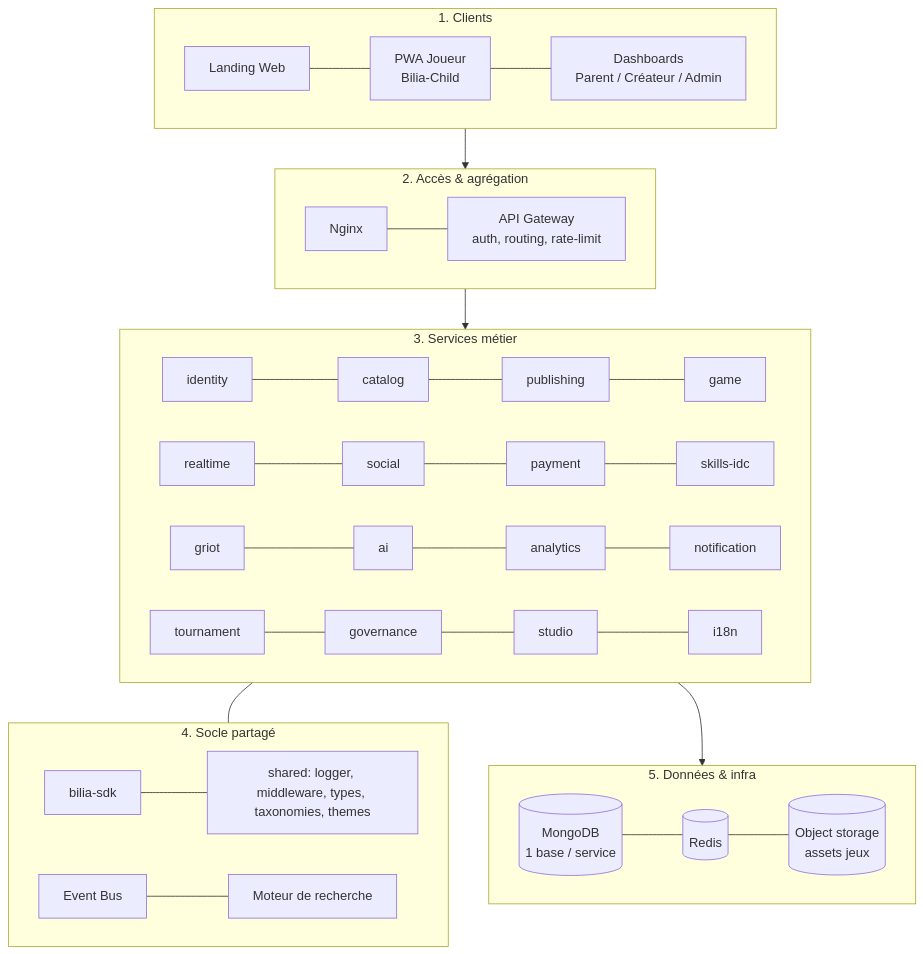
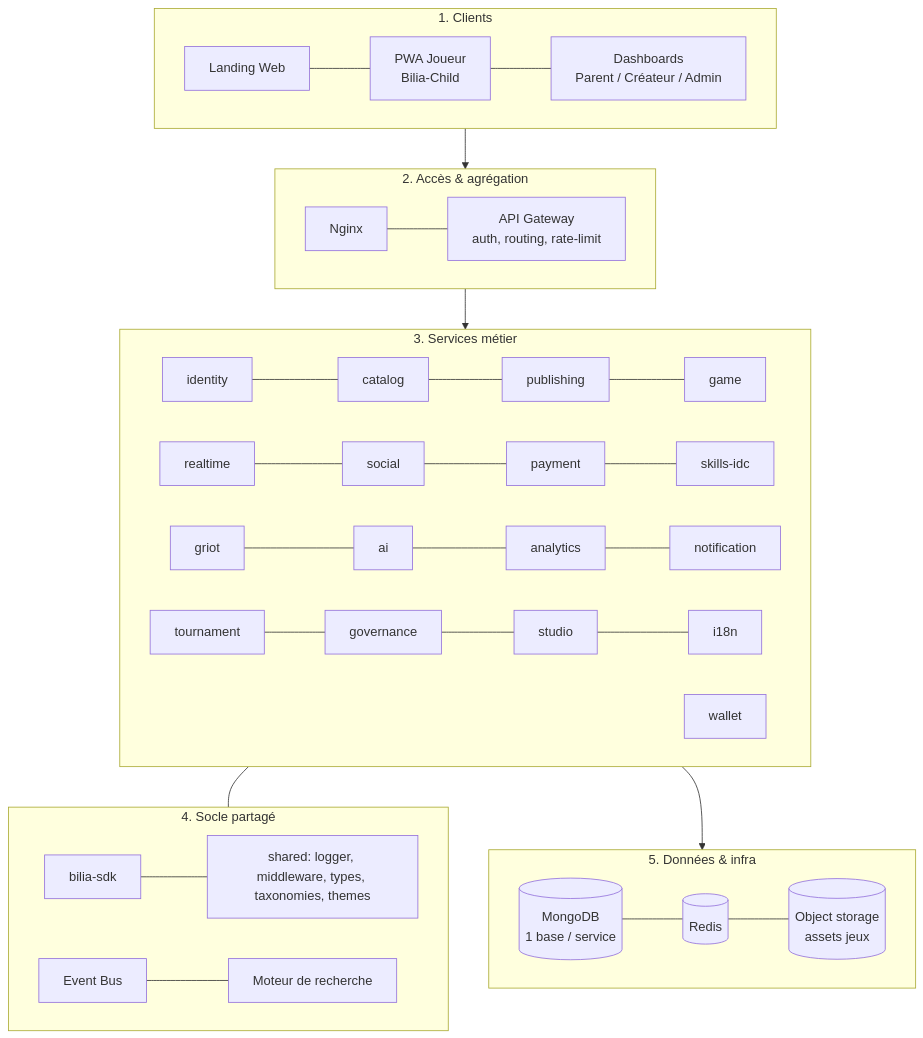
One commit to Studies-Holding/Bilia-gamer changed the second of 7 diagrams in docs/AFG-DT-001_architecture-globale.md. Above: the diagram before and after it, drawn with Mermaid. The commit also changed other lines of this file and 504 other files, not shown here.

````diff
--- a/docs/AFG-DT-001_architecture-globale.md
+++ b/docs/AFG-DT-001_architecture-globale.md
@@ -54,26 +54,27 @@
 ```mermaid
 graph TB
     subgraph L1["1. Clients"]
         LP[Landing Web] --- PWAJ[PWA Joueur<br/>Bilia-Child] --- DASH[Dashboards<br/>Parent / Créateur / Admin]
     end
     subgraph L2["2. Accès & agrégation"]
         NGX[Nginx] --- GW[API Gateway<br/>auth, routing, rate-limit]
     end
     subgraph L3["3. Services métier"]
         IDS[identity] --- CAT[catalog] --- PUB[publishing] --- GME[game]
         RT[realtime] --- SOC[social] --- PAY[payment] --- SKL[skills-idc]
         GRT[griot] --- AIS[ai] --- ANA[analytics] --- NOT[notification]
         TRN[tournament] --- GOV[governance] --- STU[studio] --- I18N[i18n]
+        WAL[wallet]
     end
     subgraph L4["4. Socle partagé"]
         SDK[bilia-sdk] --- SH[shared: logger, middleware, types, taxonomies, themes]
         BUS[Event Bus] --- SEARCH[Moteur de recherche]
     end
     subgraph L5["5. Données & infra"]
         MDB[(MongoDB<br/>1 base / service)] --- RDS[(Redis)] --- OBJ[(Object storage<br/>assets jeux)]
     end
 
     L1 --> L2 --> L3
     L3 --- L4
     L3 --> L5
 ```
````
